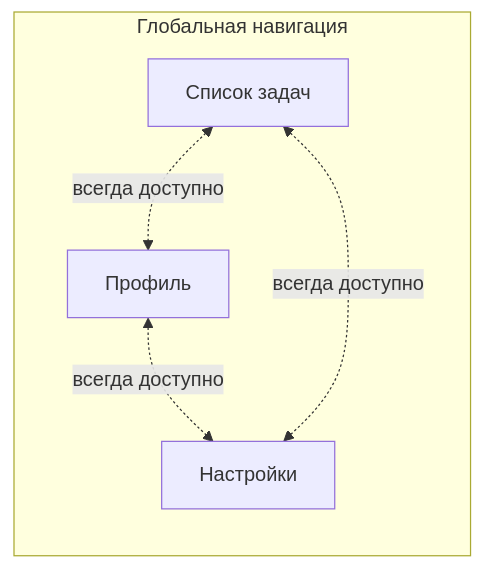
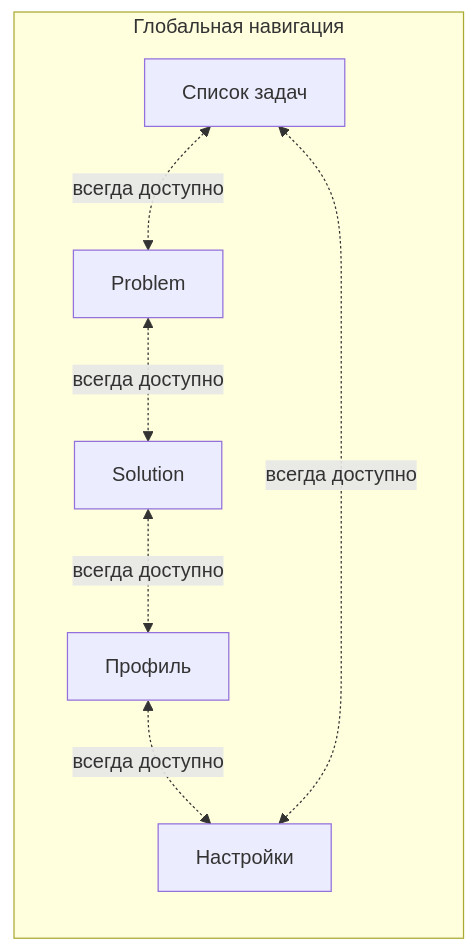
Before and after one commit to A1eksMa/PracticeRaptor: the second of 3 diagrams in ux/information_architecture/sitemap.md, drawn with Mermaid. The commit also changed other lines of this file, not shown here.

````diff
--- a/ux/information_architecture/sitemap.md
+++ b/ux/information_architecture/sitemap.md
@@ -154,12 +153,17 @@
 ```mermaid
 flowchart LR
     subgraph GLOBAL[Глобальная навигация]
         LIST[Список задач]
+        DETAILS[Problem]
+        SOLVE[Solution]
         PROFILE[Профиль]
         SETTINGS[Настройки]
+
     end
 
-    LIST <-.->|всегда доступно| PROFILE
+    LIST <-.->|всегда доступно| DETAILS
+    DETAILS <-.->|всегда доступно| SOLVE
+    SOLVE <-.->|всегда доступно| PROFILE
     PROFILE <-.->|всегда доступно| SETTINGS
     SETTINGS <-.->|всегда доступно| LIST
 ```
````
